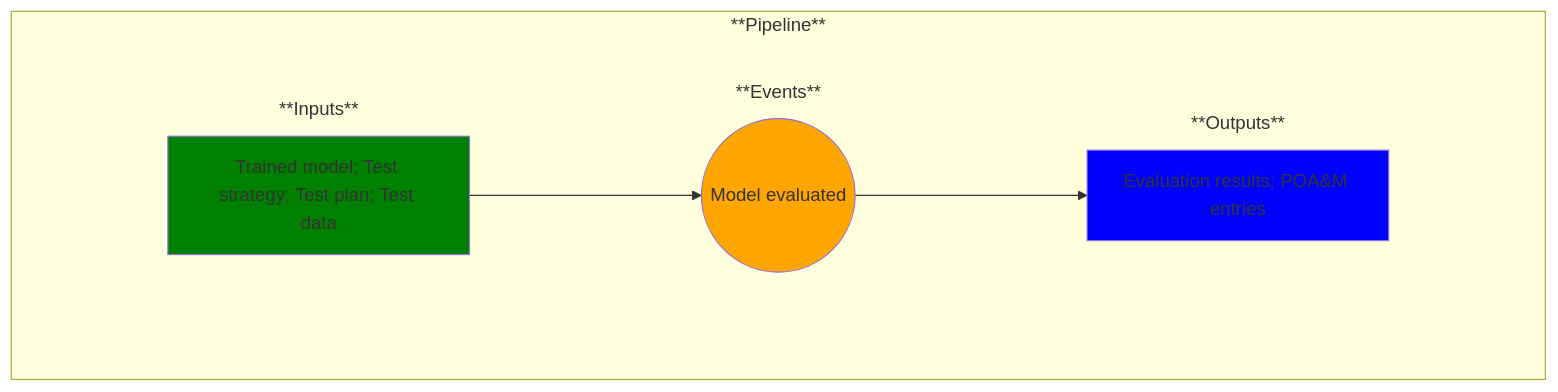
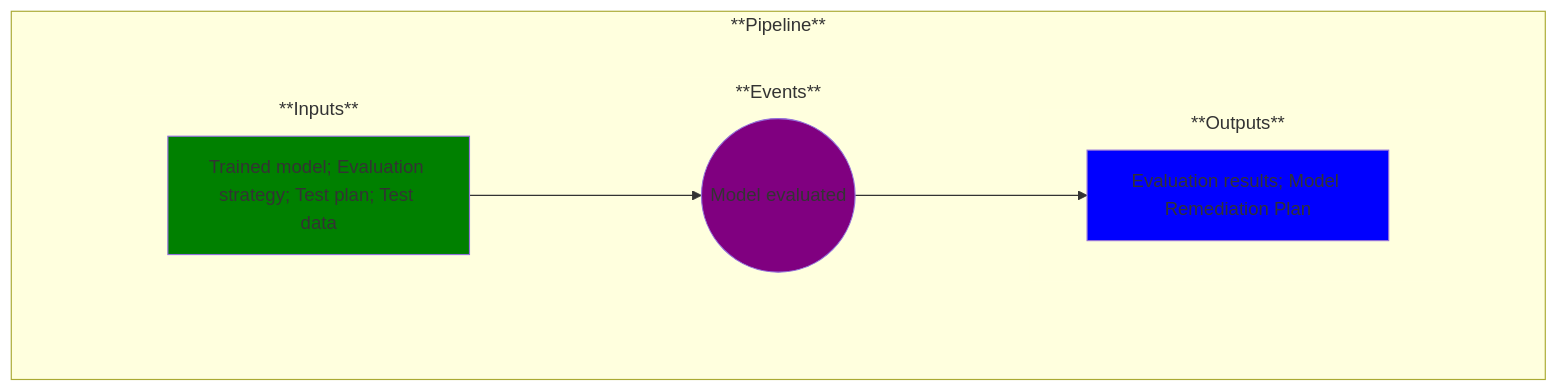
Before and after one commit to MLOps-OpenAPI/arch-diagrams: the diagram in use-cases/11-model-eval.md, drawn with Mermaid. The commit also changed other lines of this file, not shown here.

````diff
--- a/use-cases/11-model-eval.md
+++ b/use-cases/11-model-eval.md
@@ -17,51 +19,51 @@
 ```mermaid
 
 %% Creating a left-to-right flowchart
 %% Learn the syntax here: https://mermaid.js.org/syntax/flowchart.html
 %% Note: flowchart and graph are the same in Mermaid
 graph LR;
 
     %% Define the common flow items:
     %%A--> B
     %%B-->C
     subgraph Pipeline ["**Pipeline**"]
         
         %% Add an empty node to overcome some formatting issues
         subgraph invisibleSpace["<br/>"]
 
             %% Add the rest of the nodes
             subgraph Inputs ["**Inputs**"]
                 A
             end
             subgraph Events ["**Events**"]
                 B
             end
             subgraph Outputs ["**Outputs**"]
                 C
             end
         end
         A-->B
         %%C--> | test text | D
         B-->C
         %%D--> | test text | E
     end
 
     %% Now label and style the blocks
     %% Note: You could have done this above, but I find this to be cleaner and easier to manage
 
-    A[Trained model; Test strategy; Test plan; Test data]
+    A[Trained model; Evaluation strategy; Test plan; Test data]
     style A fill:green
 
     B((Model evaluated))
-    style B fill:orange
+    style B fill:purple
 
-    C[Evaluation results; POA&M entries]
+    C[Evaluation results; Model Remediation Plan]
     style C fill:blue
 
     %% Remove unnecessary box outlines
     style invisibleSpace stroke-width:0
     style Inputs stroke-width:0
     style Events stroke-width:0
     style Outputs stroke-width:0
 
 ```
````
